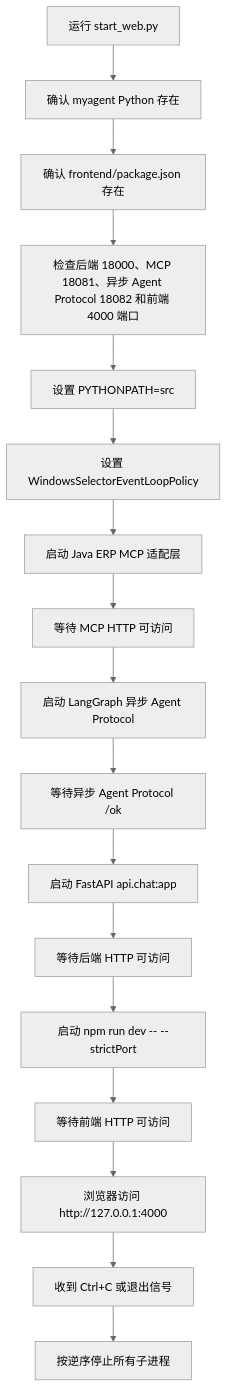
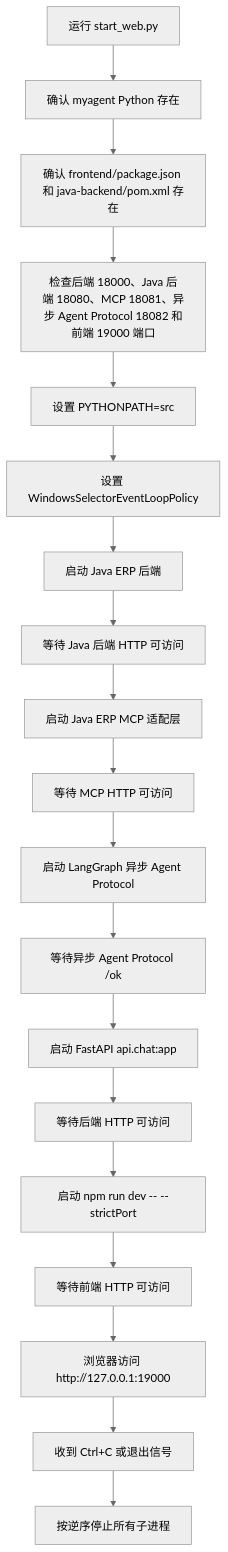
Before and after one commit to greenC2h/HarnessEngineering-DeepAgent-JavaERP-OpenSandbox-MultiAgent: the first of 17 diagrams in PROJECT_CODE_GUIDE.md, drawn with Mermaid (neutral theme). The commit also changed other lines of this file and 71 other files, not shown here.

Commit message:
chore: integrate Java backend and unified startup

````diff
--- a/PROJECT_CODE_GUIDE.md
+++ b/PROJECT_CODE_GUIDE.md
@@ -64,19 +65,21 @@
 ```mermaid
 flowchart TD
     A["运行 start_web.py"] --> B["确认 myagent Python 存在"]
-    B --> C["确认 frontend/package.json 存在"]
-    C --> D["检查后端 18000、MCP 18081、异步 Agent Protocol 18082 和前端 4000 端口"]
+    B --> C["确认 frontend/package.json 和 java-backend/pom.xml 存在"]
+    C --> D["检查后端 18000、Java 后端 18080、MCP 18081、异步 Agent Protocol 18082 和前端 19000 端口"]
     D --> E["设置 PYTHONPATH=src"]
     E --> F["设置 WindowsSelectorEventLoopPolicy"]
-    F --> G["启动 Java ERP MCP 适配层"]
-    G --> H["等待 MCP HTTP 可访问"]
-    H --> I["启动 LangGraph 异步 Agent Protocol"]
-    I --> J["等待异步 Agent Protocol /ok"]
-    J --> K["启动 FastAPI api.chat:app"]
-    K --> L["等待后端 HTTP 可访问"]
-    L --> M["启动 npm run dev -- --strictPort"]
-    M --> N["等待前端 HTTP 可访问"]
-    N --> O["浏览器访问 http://127.0.0.1:4000"]
-    O --> P["收到 Ctrl+C 或退出信号"]
-    P --> Q["按逆序停止所有子进程"]
+    F --> G["启动 Java ERP 后端"]
+    G --> H["等待 Java 后端 HTTP 可访问"]
+    H --> I["启动 Java ERP MCP 适配层"]
+    I --> J["等待 MCP HTTP 可访问"]
+    J --> K["启动 LangGraph 异步 Agent Protocol"]
+    K --> L["等待异步 Agent Protocol /ok"]
+    L --> M["启动 FastAPI api.chat:app"]
+    M --> N["等待后端 HTTP 可访问"]
+    N --> O["启动 npm run dev -- --strictPort"]
+    O --> P["等待前端 HTTP 可访问"]
+    P --> Q["浏览器访问 http://127.0.0.1:19000"]
+    Q --> R["收到 Ctrl+C 或退出信号"]
+    R --> S["按逆序停止所有子进程"]
 ```
````
